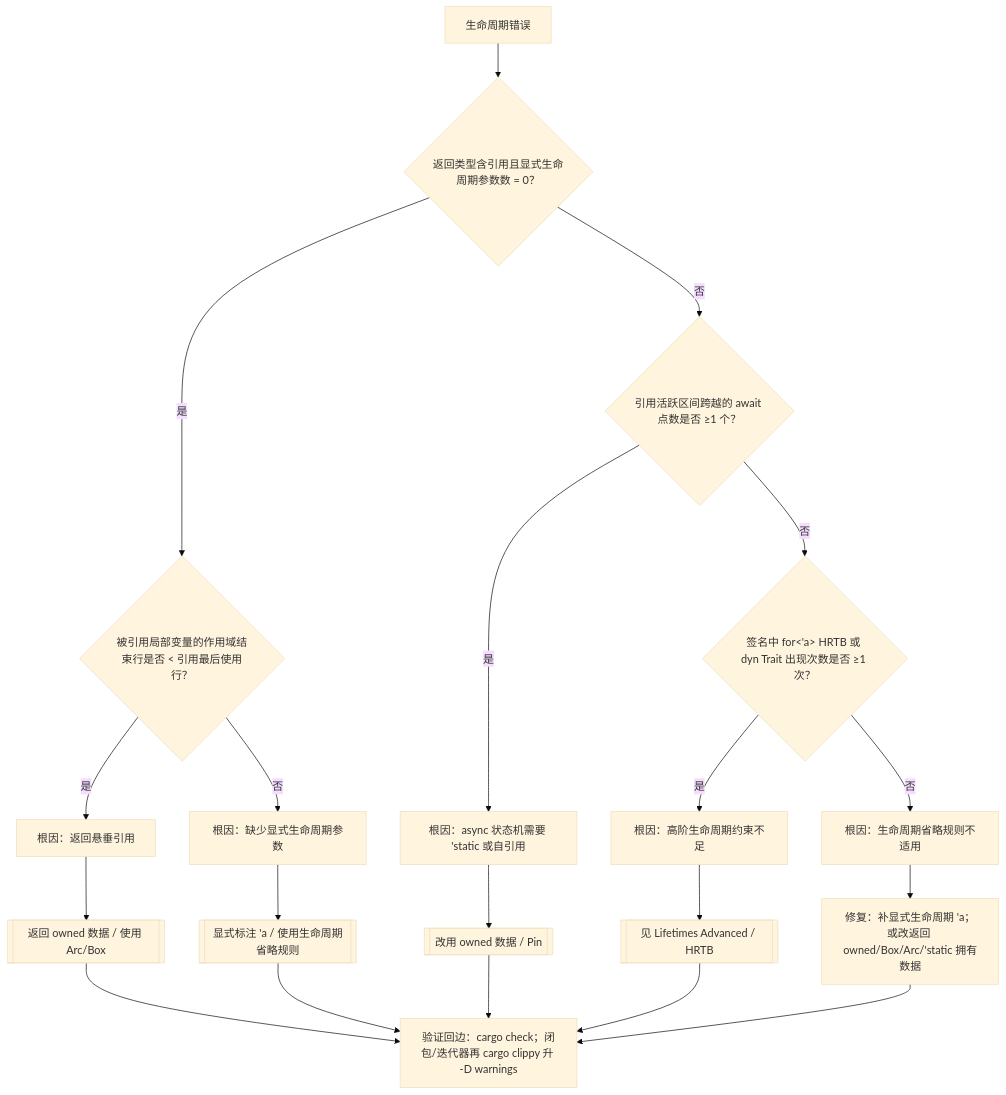
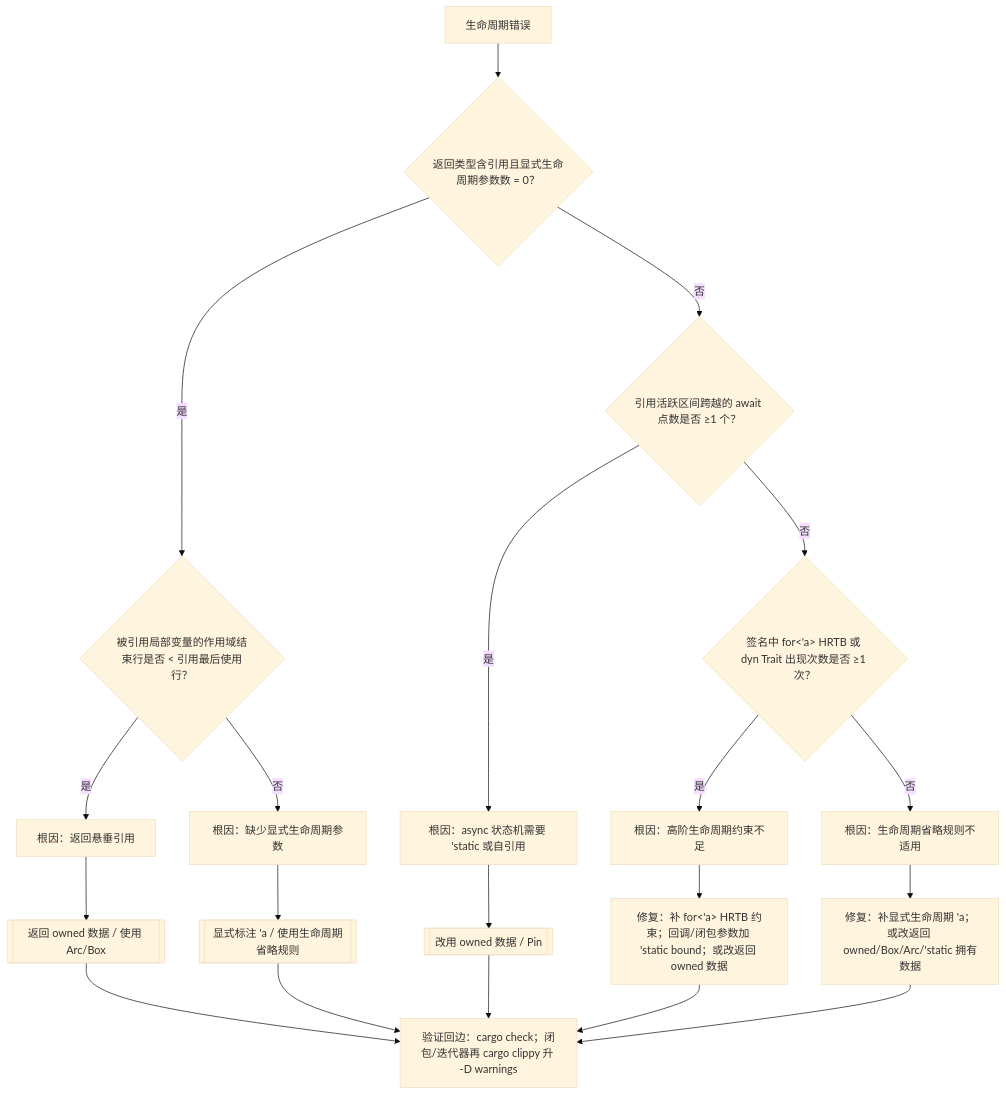
One commit to martin-ly/rust-lang changed the second of 6 diagrams in concept/00_meta/knowledge_topology/09_reasoning_judgment_tree_atlas.md. Above: the diagram before and after it, drawn with Mermaid (base theme). The commit also changed other lines of this file and 1409 other files, not shown here.

````diff
--- a/concept/00_meta/knowledge_topology/09_reasoning_judgment_tree_atlas.md
+++ b/concept/00_meta/knowledge_topology/09_reasoning_judgment_tree_atlas.md
@@ -63,22 +63,22 @@
 ```mermaid
 flowchart TD
     L[生命周期错误] --> Q1{"返回类型含引用且显式生命周期参数数 = 0？"}
     Q1 -->|是| Q2{"被引用局部变量的作用域结束行是否 < 引用最后使用行？"}
     Q2 -->|是| R1[根因：返回悬垂引用]
     Q2 -->|否| R2[根因：缺少显式生命周期参数]
     Q1 -->|否| Q3{"引用活跃区间跨越的 await 点数是否 ≥1 个？"}
     Q3 -->|是| R3[根因：async 状态机需要 'static 或自引用]
     Q3 -->|否| Q4{"签名中 for<'a> HRTB 或 dyn Trait 出现次数是否 ≥1 次？"}
     Q4 -->|是| R4[根因：高阶生命周期约束不足]
     Q4 -->|否| R5[根因：生命周期省略规则不适用]
     R1 --> F1[[返回 owned 数据 / 使用 Arc/Box]]
     R2 --> F2[[显式标注 'a / 使用生命周期省略规则]]
     R3 --> F3[[改用 owned 数据 / Pin]]
-    R4 --> F4[[见 Lifetimes Advanced / HRTB]]
+    R4 --> F4[修复：补 for<'a> HRTB 约束；回调/闭包参数加 'static bound；或改返回 owned 数据]
     R5 --> F5[修复：补显式生命周期 'a；或改返回 owned/Box/Arc/'static 拥有数据]
     F1 --> V2[验证回边：cargo check；闭包/迭代器再 cargo clippy 升 -D warnings]
     F2 --> V2
     F3 --> V2
     F4 --> V2
     F5 --> V2
 ```
````
